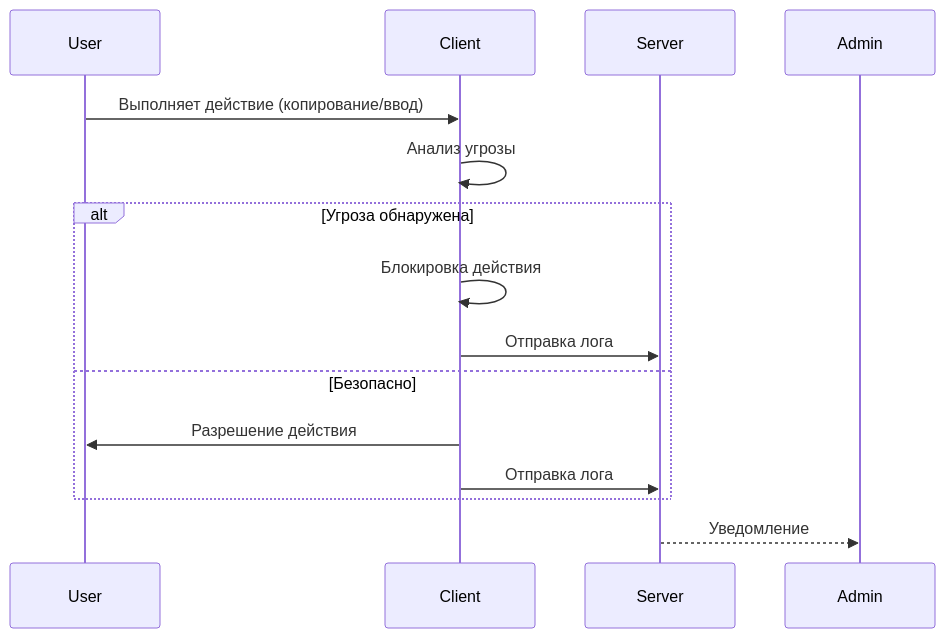
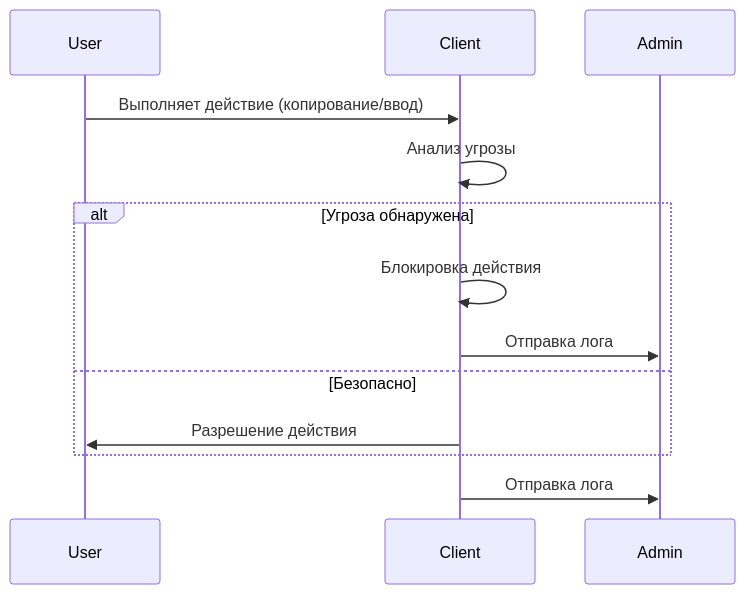
The diagram in DLP_model_moduls/DLP_model/README.md (never-sleeq/portfolio-examples), drawn with Mermaid before and after one commit. The commit also changed other lines of this file and 4 other files, not shown here.

````diff
--- a/DLP_model_moduls/DLP_model/README.md
+++ b/DLP_model_moduls/DLP_model/README.md
@@ -18,17 +19,16 @@
 ```mermaid
 sequenceDiagram
     participant User
     participant Client
-    participant Server
+    participant Admin
     
     User->>Client: Выполняет действие (копирование/ввод)
     Client->>Client: Анализ угрозы
     alt Угроза обнаружена
         Client->>Client: Блокировка действия
-        Client->>Server: Отправка лога
+        Client->>Admin: Отправка лога
     else Безопасно
         Client->>User: Разрешение действия
-    Client->>Server: Отправка лога
     end
-    Server-->>Admin: Уведомление
+    Client->>Admin: Отправка лога
 ```
````
